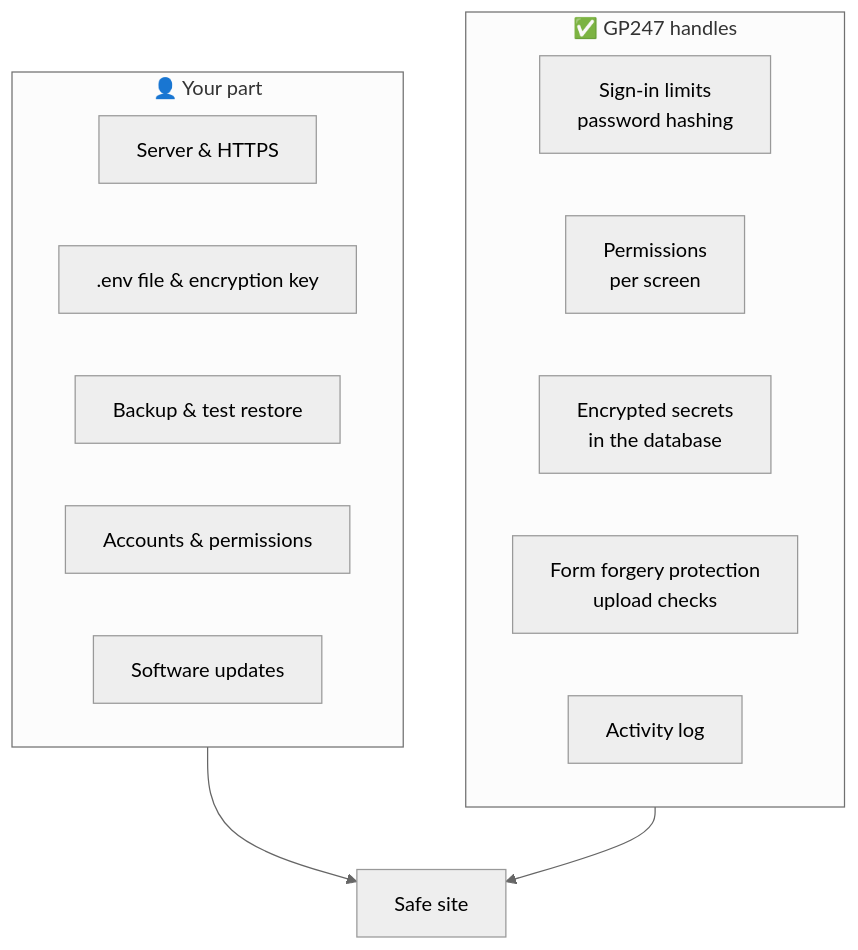
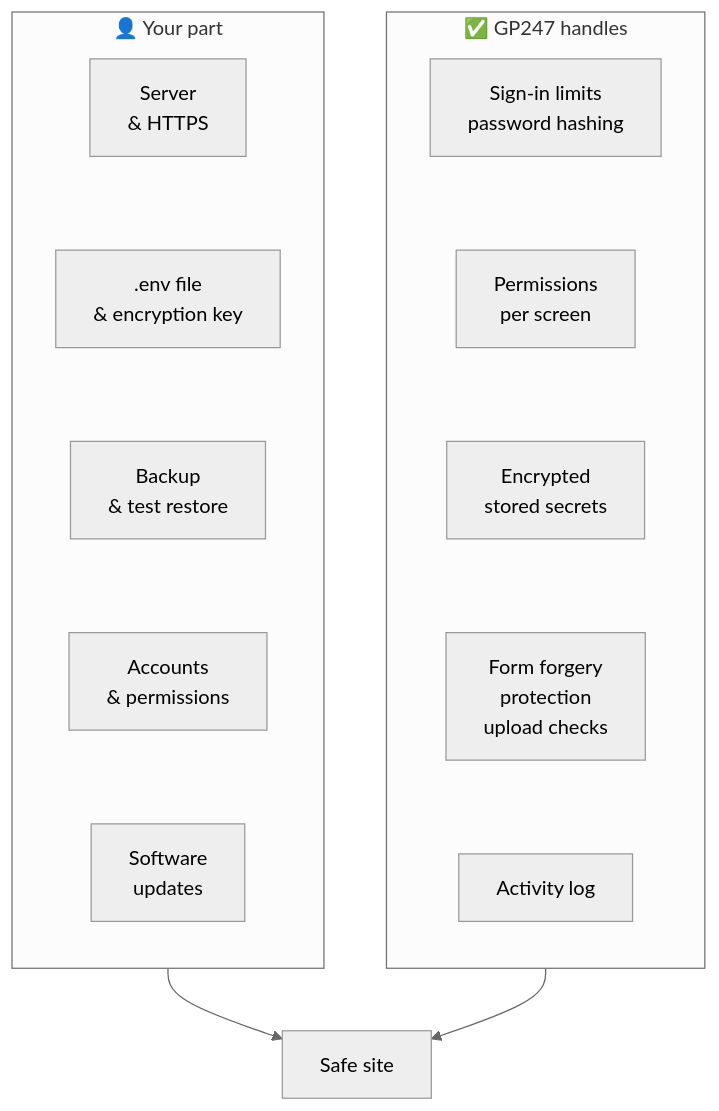
Before and after one commit to gp247net/gp247-docs: the diagram in security/security-introduction.md, drawn with Mermaid (neutral theme). The commit also changed 44 other files, not shown here.

First line of the commit message:
docs: redraw oversized diagrams in security, API and MCP docs (vi/en/ja)

````diff
--- a/security/security-introduction.md
+++ b/security/security-introduction.md
@@ -20,19 +20,13 @@
 ```mermaid
 flowchart TB
     subgraph B["👤 Your part"]
-        B1["Server & HTTPS"]
-        B2[".env file & encryption key"]
-        B3["Backup & test restore"]
-        B4["Accounts & permissions"]
-        B5["Software updates"]
+        direction TB
+        B1["Server<br/>& HTTPS"] ~~~ B2[".env file<br/>& encryption key"] ~~~ B3["Backup<br/>& test restore"] ~~~ B4["Accounts<br/>& permissions"] ~~~ B5["Software<br/>updates"]
     end
     subgraph G["✅ GP247 handles"]
-        G1["Sign-in limits<br/>password hashing"]
-        G2["Permissions<br/>per screen"]
-        G3["Encrypted secrets<br/>in the database"]
-        G4["Form forgery protection<br/>upload checks"]
-        G5["Activity log"]
+        direction TB
+        G1["Sign-in limits<br/>password hashing"] ~~~ G2["Permissions<br/>per screen"] ~~~ G3["Encrypted<br/>stored secrets"] ~~~ G4["Form forgery<br/>protection<br/>upload checks"] ~~~ G5["Activity log"]
     end
     B --> S["Safe site"]
     G --> S
 ```
````
